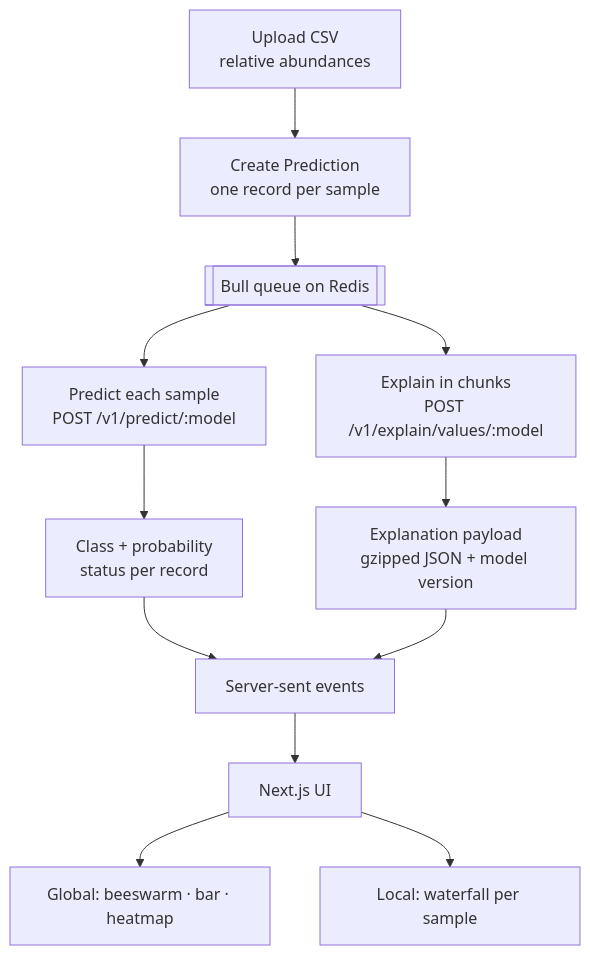
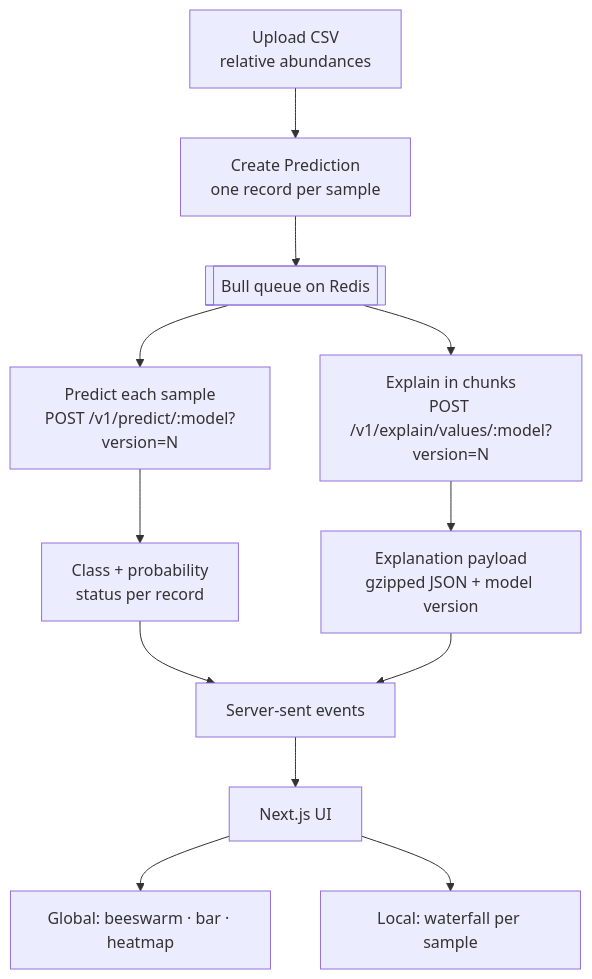
One commit to princepongsakorn/explainable-ai-microbiome-platform changed the second of 2 diagrams in README.md. Above: the diagram before and after it, drawn with Mermaid. The commit also changed other lines of this file and 1 other file, not shown here.

Commit message:
docs: describe how a prediction is pinned to one model version

````diff
--- a/README.md
+++ b/README.md
@@ -105,14 +107,14 @@
 ```mermaid
 flowchart TD
     CSV["Upload CSV<br/>relative abundances"] --> P["Create Prediction<br/>one record per sample"]
     P --> Q[["Bull queue on Redis"]]
-    Q --> PR["Predict each sample<br/>POST /v1/predict/:model"]
+    Q --> PR["Predict each sample<br/>POST /v1/predict/:model?version=N"]
     PR --> R["Class + probability<br/>status per record"]
-    Q --> EX["Explain in chunks<br/>POST /v1/explain/values/:model"]
+    Q --> EX["Explain in chunks<br/>POST /v1/explain/values/:model?version=N"]
     EX --> PAY["Explanation payload<br/>gzipped JSON + model version"]
     R --> SSE["Server-sent events"]
     PAY --> SSE
     SSE --> FE["Next.js UI"]
     FE --> G["Global: beeswarm · bar · heatmap"]
     FE --> L["Local: waterfall per sample"]
 ```
````
